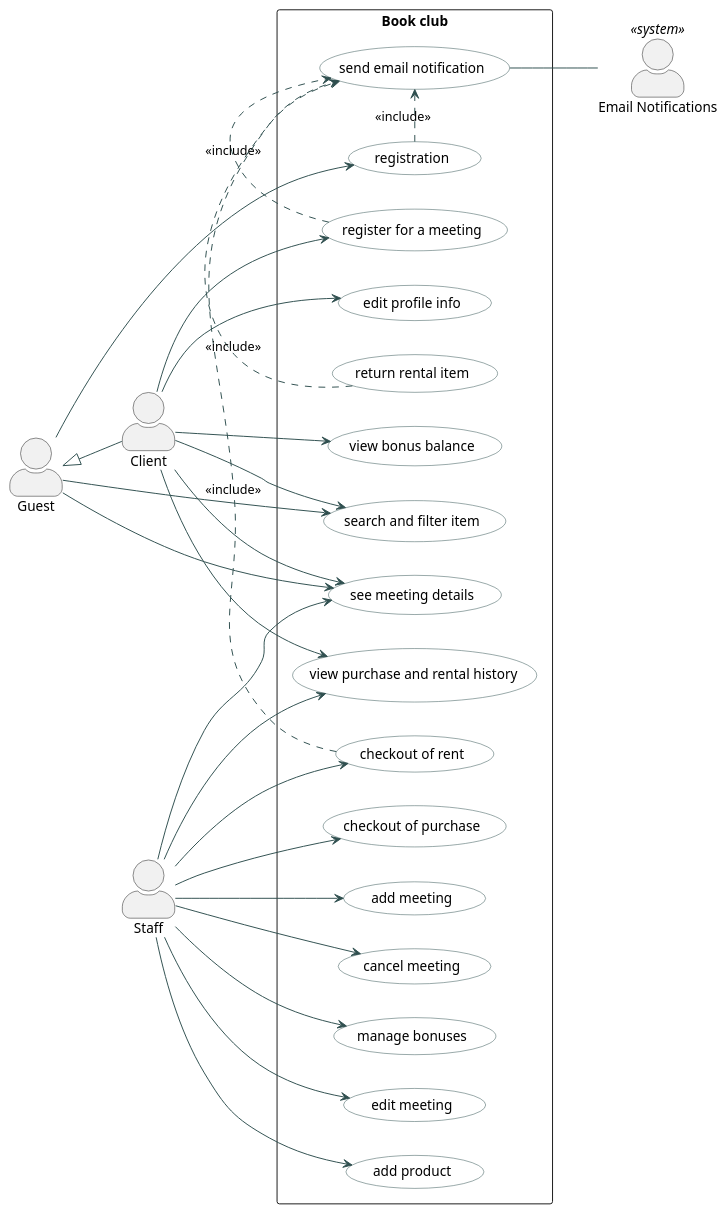
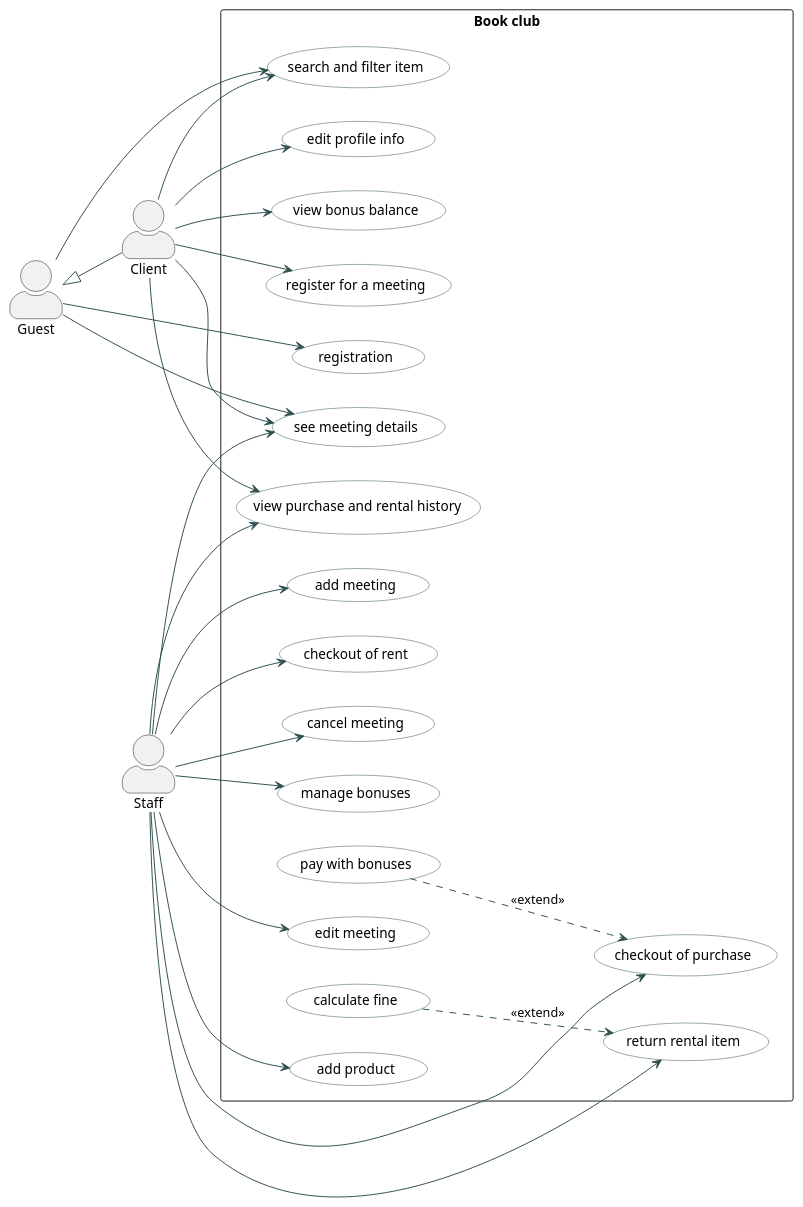
The diagram in task2/usecase.puml (sofiakiosova37-boop/bookshop_kpi2), drawn with PlantUML before and after one commit.

Commit message:
use case diagram fixed

```diff
--- a/task2/usecase.puml
+++ b/task2/usecase.puml
@@ -1,66 +1,62 @@
 @startuml
 left to right direction
 skinparam packageStyle rectangle
 skinparam actorStyle awesome
 skinparam usecase {
     BackgroundColor LightPurple
     BorderColor DarkSlateGray
     ArrowColor DarkSlateGray
 }
 
 actor "Guest" as Guest
 actor "Client" as Client
 actor "Staff" as Staff
 
 Guest <|-- Client
 
-actor "Email Notifications" as EN <<system>>
-
 rectangle "Book club" {
     usecase "registration" as UC1
     usecase "checkout of purchase" as UC2
     usecase "checkout of rent" as UC3
     usecase "search and filter item" as UC4
     usecase "see meeting details" as UC5
     usecase "add meeting" as UC6
     usecase "cancel meeting" as UC7
-    usecase "send email notification" as UC8
     usecase "manage bonuses" as UC9
     usecase "edit profile info" as UC10
     usecase "edit meeting" as UC11
     usecase "view purchase and rental history" as UC12
     usecase "register for a meeting" as UC13
     usecase "return rental item" as UC14
-    usecase "add product" as UC15
-    usecase "view bonus balance" as UC16
+    usecase "pay with bonuses" as UC15
+    usecase "add product" as UC16
+    usecase "calculate fine" as UC17
+    usecase "view bonus balance" as UC18
 }
 
 Guest --> UC1
 Guest --> UC4
 Guest --> UC5
 
 Client -->UC4
 Client -->UC5
 Client -->UC10
 Client -->UC12
 Client -->UC13
-Client -->UC16
+Client -->UC18
 
 Staff --> UC2
 Staff --> UC3
 Staff --> UC5
 Staff --> UC6
 Staff --> UC7
 Staff --> UC9
 Staff --> UC11
 Staff --> UC12
-Staff --> UC15
+Staff --> UC14
+Staff --> UC16
 
-UC8 --EN
-
-UC13 .> UC8 : <<include>>
-UC1 .> UC8 : <<include>>
-UC3 .> UC8 : <<include>>
-UC14 .> UC8 : <<include>>
+UC15 ..> UC2 : <<extend>>
+UC17 ..> UC14 : <<extend>>
 
 @enduml
```
